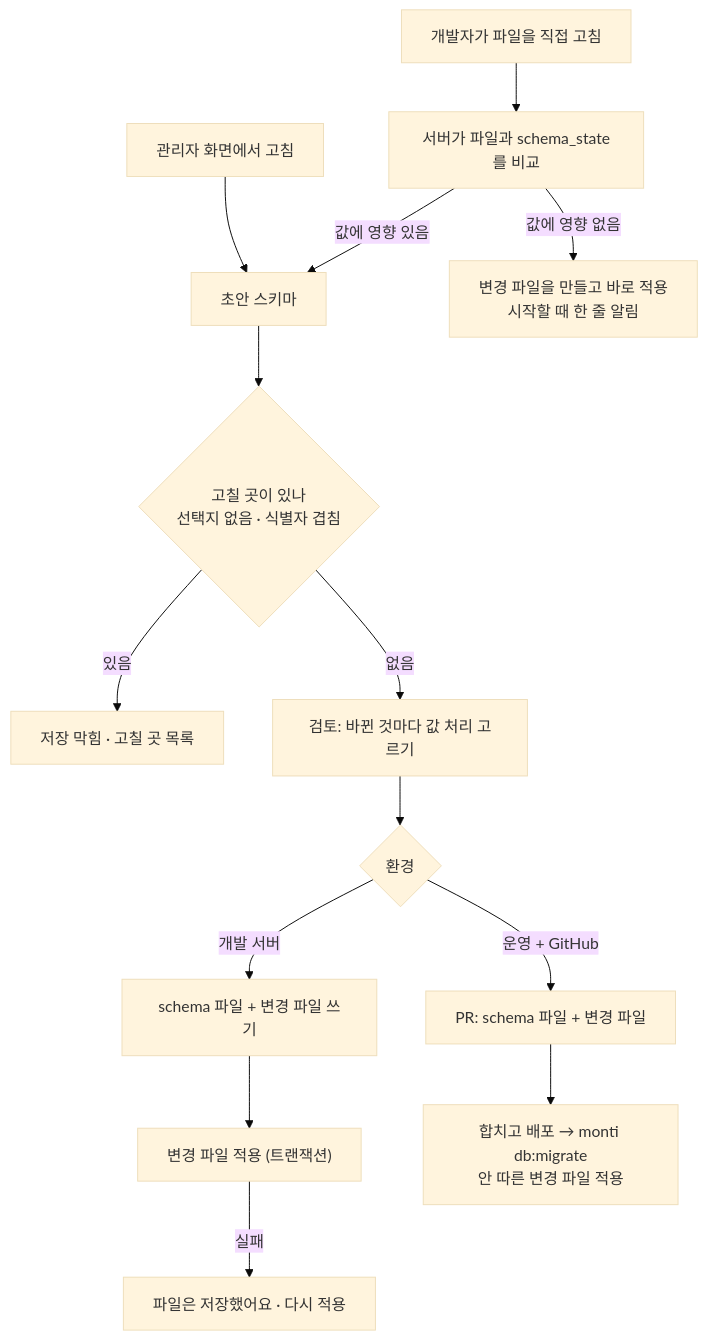
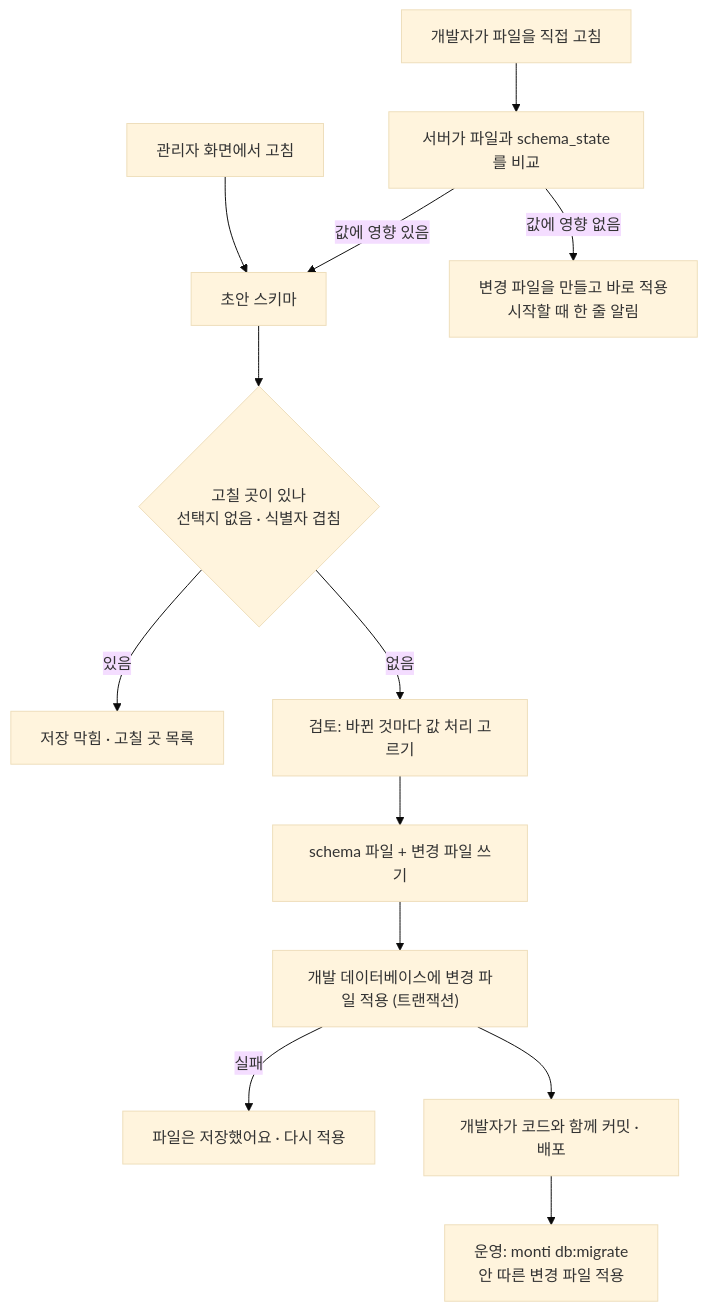
The fourth of 4 diagrams in docs/design/features/01-content-structure.md (monti-cms/monti), drawn with Mermaid (base theme) before and after one commit. The commit also changed other lines of this file and 7 other files, not shown here.

````diff
--- a/docs/design/features/01-content-structure.md
+++ b/docs/design/features/01-content-structure.md
@@ -221,16 +221,15 @@
 ```mermaid
 flowchart TD
   A["관리자 화면에서 고침"] --> P["초안 스키마"]
   H["개발자가 파일을 직접 고침"] --> D["서버가 파일과 schema_state를 비교"]
   D -->|값에 영향 없음| AUTO["변경 파일을 만들고 바로 적용<br/>시작할 때 한 줄 알림"]
   D -->|값에 영향 있음| P
   P --> CHK{"고칠 곳이 있나<br/>선택지 없음 · 식별자 겹침"}
   CHK -->|있음| BLOCK["저장 막힘 · 고칠 곳 목록"]
   CHK -->|없음| R["검토: 바뀐 것마다 값 처리 고르기"]
-  R --> E{"환경"}
-  E -->|개발 서버| W["schema 파일 + 변경 파일 쓰기"]
-  W --> X["변경 파일 적용 (트랜잭션)"]
+  R --> W["schema 파일 + 변경 파일 쓰기"]
+  W --> X["개발 데이터베이스에 변경 파일 적용 (트랜잭션)"]
   X -->|실패| FAIL["파일은 저장했어요 · 다시 적용"]
-  E -->|운영 + GitHub| PR["PR: schema 파일 + 변경 파일"]
-  PR --> DEP["합치고 배포 → monti db:migrate<br/>안 따른 변경 파일 적용"]
+  X --> GIT["개발자가 코드와 함께 커밋 · 배포"]
+  GIT --> DEP["운영: monti db:migrate<br/>안 따른 변경 파일 적용"]
 ```
````
